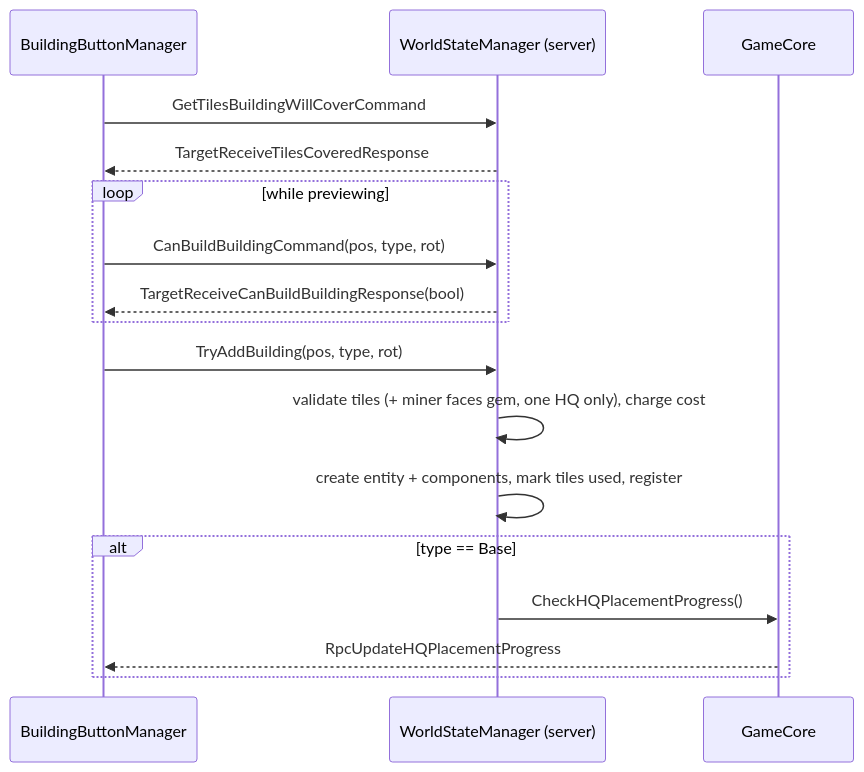
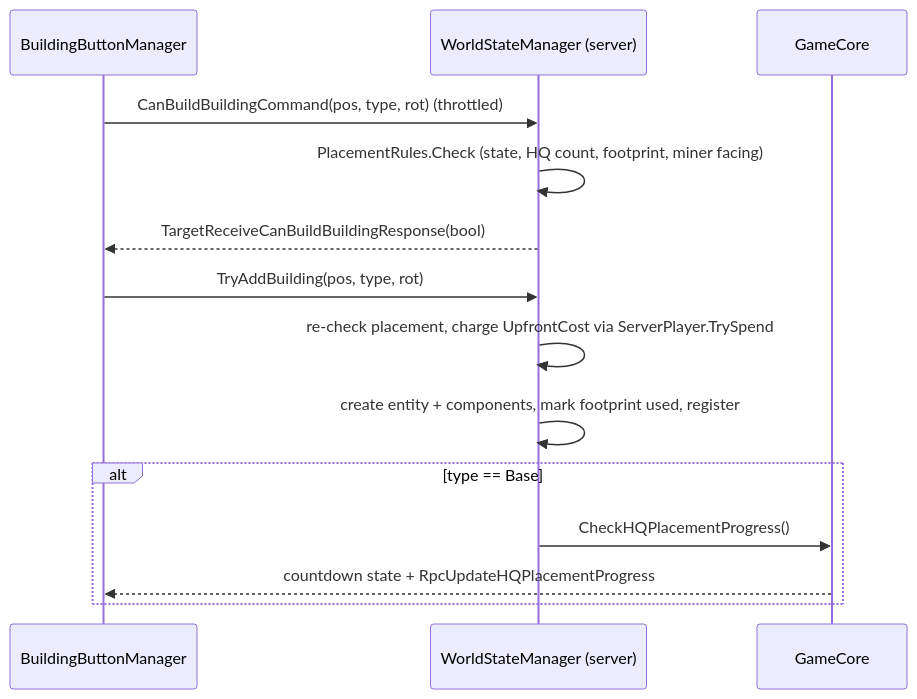
The fourth of 4 diagrams in docs/architecture.md (CoolCoder353/WAR-2D), drawn with Mermaid before and after one commit. The commit also changed other lines of this file and 4 other files, not shown here.

````diff
--- a/docs/architecture.md
+++ b/docs/architecture.md
@@ -177,19 +227,16 @@
 ```mermaid
 sequenceDiagram
     participant B as BuildingButtonManager
     participant W as WorldStateManager (server)
     participant G as GameCore
-    B->>W: GetTilesBuildingWillCoverCommand
-    W-->>B: TargetReceiveTilesCoveredResponse
-    loop while previewing
-        B->>W: CanBuildBuildingCommand(pos, type, rot)
-        W-->>B: TargetReceiveCanBuildBuildingResponse(bool)
-    end
+    B->>W: CanBuildBuildingCommand(pos, type, rot) (throttled)
+    W->>W: PlacementRules.Check (state, HQ count, footprint, miner facing)
+    W-->>B: TargetReceiveCanBuildBuildingResponse(bool)
     B->>W: TryAddBuilding(pos, type, rot)
-    W->>W: validate tiles (+ miner faces gem, one HQ only), charge cost
-    W->>W: create entity + components, mark tiles used, register
+    W->>W: re-check placement, charge UpfrontCost via ServerPlayer.TrySpend
+    W->>W: create entity + components, mark footprint used, register
     alt type == Base
         W->>G: CheckHQPlacementProgress()
-        G-->>B: RpcUpdateHQPlacementProgress
+        G-->>B: countdown state + RpcUpdateHQPlacementProgress
     end
 ```
````
